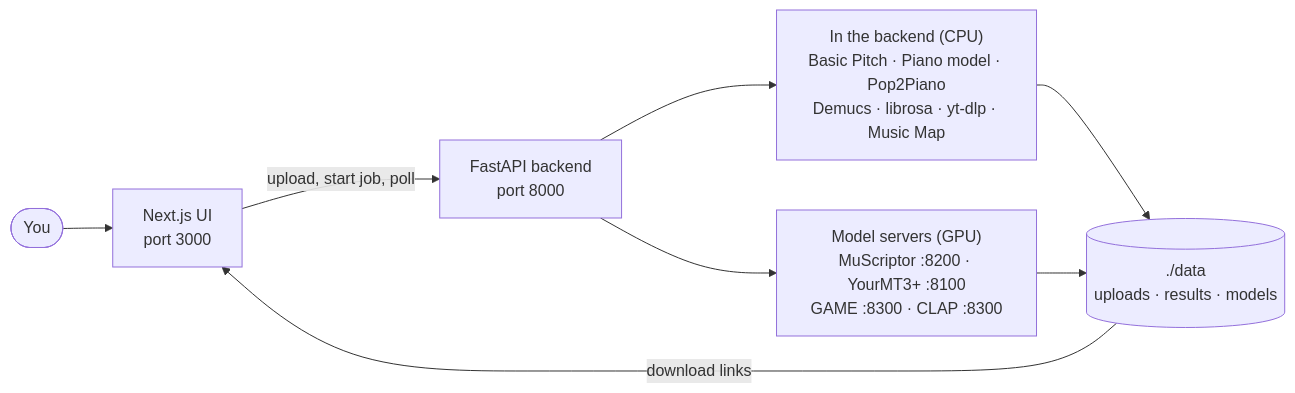
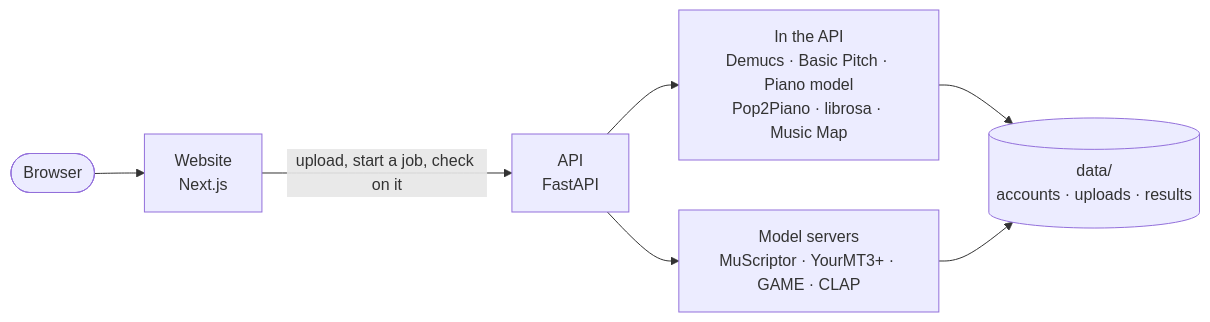
One commit to agangdut/supermusic changed the diagram in README.md. Above: the diagram before and after it, drawn with Mermaid. The commit also changed other lines of this file and 60 other files, not shown here.

````diff
--- a/README.md
+++ b/README.md
@@ -119,9 +78,8 @@
 ```mermaid
 flowchart LR
-    U([You]) --> FE[Next.js UI<br/>port 3000]
-    FE -- "upload, start job, poll" --> API[FastAPI backend<br/>port 8000]
-    API --> CPU["In the backend (CPU)<br/>Basic Pitch · Piano model · Pop2Piano<br/>Demucs · librosa · yt-dlp · Music Map"]
-    API --> GPU["Model servers (GPU)<br/>MuScriptor :8200 · YourMT3+ :8100<br/>GAME :8300 · CLAP :8300"]
-    CPU & GPU --> ART[(./data<br/>uploads · results · models)]
-    ART -- "download links" --> FE
+    U([Browser]) --> FE[Website<br/>Next.js]
+    FE -- "upload, start a job, check on it" --> API[API<br/>FastAPI]
+    API --> CPU["In the API<br/>Demucs · Basic Pitch · Piano model<br/>Pop2Piano · librosa · Music Map"]
+    API --> GPU["Model servers<br/>MuScriptor · YourMT3+ · GAME · CLAP"]
+    CPU & GPU --> DATA[(data/<br/>accounts · uploads · results)]
 ```
````
